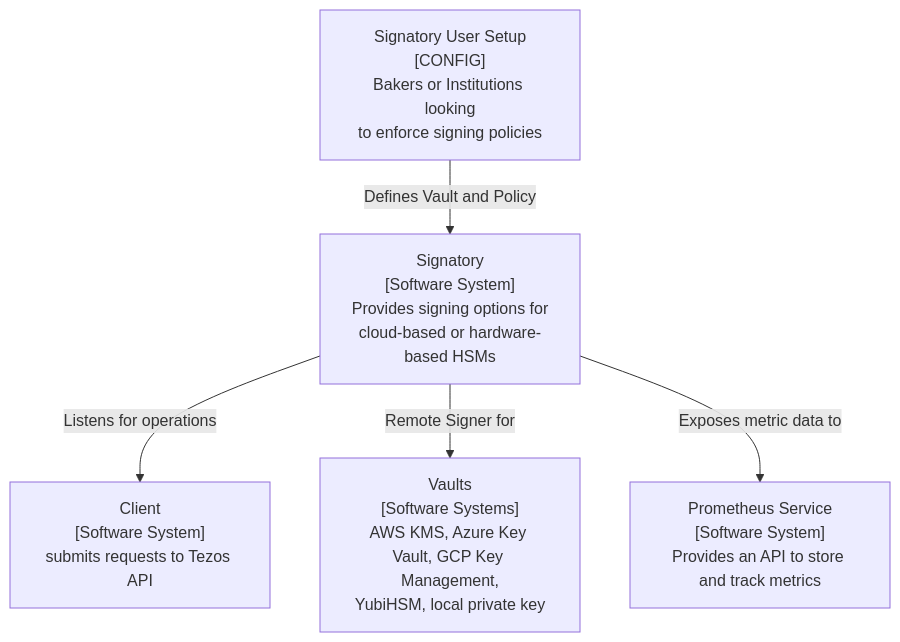
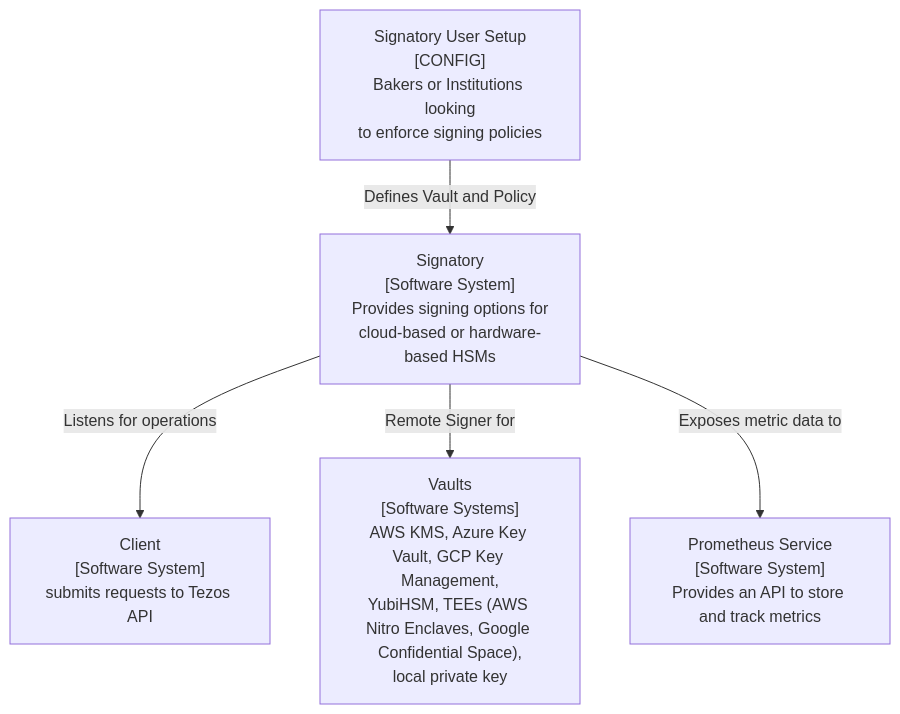
The first of 5 diagrams in docs/signatory-architecture.md (ecadlabs/signatory), drawn with Mermaid before and after one commit. The commit also changed other lines of this file and 10 other files, not shown here.

Commit message:
docs: v1.3.0 beta prep: add beta notices (Nitro, Firestore, Confidential Space); rename Confidential Space docs and links; group Confidential Space in sidebar; add missing sidebar items

````diff
--- a/docs/signatory-architecture.md
+++ b/docs/signatory-architecture.md
@@ -16,22 +16,22 @@
 ```mermaid
 flowchart TD
 User["Signatory User Setup<br>[CONFIG]<br>Bakers or Institutions looking<br>to enforce signing policies"]
 
 S["Signatory<br>[Software System]<br>Provides signing options for<br>cloud-based or hardware-based HSMs"]
 
 User-- "Defines Vault and Policy" -->S
 
 OC["Client<br>[Software System]<br>submits requests to Tezos API"]
 
-V["Vaults<br>[Software Systems]<br>AWS KMS, Azure Key Vault, GCP Key Management,<br>YubiHSM, local private key"]
+V["Vaults<br>[Software Systems]<br>AWS KMS, Azure Key Vault, GCP Key Management,<br>YubiHSM, TEEs (AWS Nitro Enclaves, Google Confidential Space),<br>local private key"]
 
 PS["Prometheus Service<br>[Software System]<br>Provides an API to store and track metrics"]
 
 S-- "Listens for operations" -->OC
 S-- "Remote Signer for" -->V
 S-- "Exposes metric data to" -->PS
 
 
 
 
 ```
````
